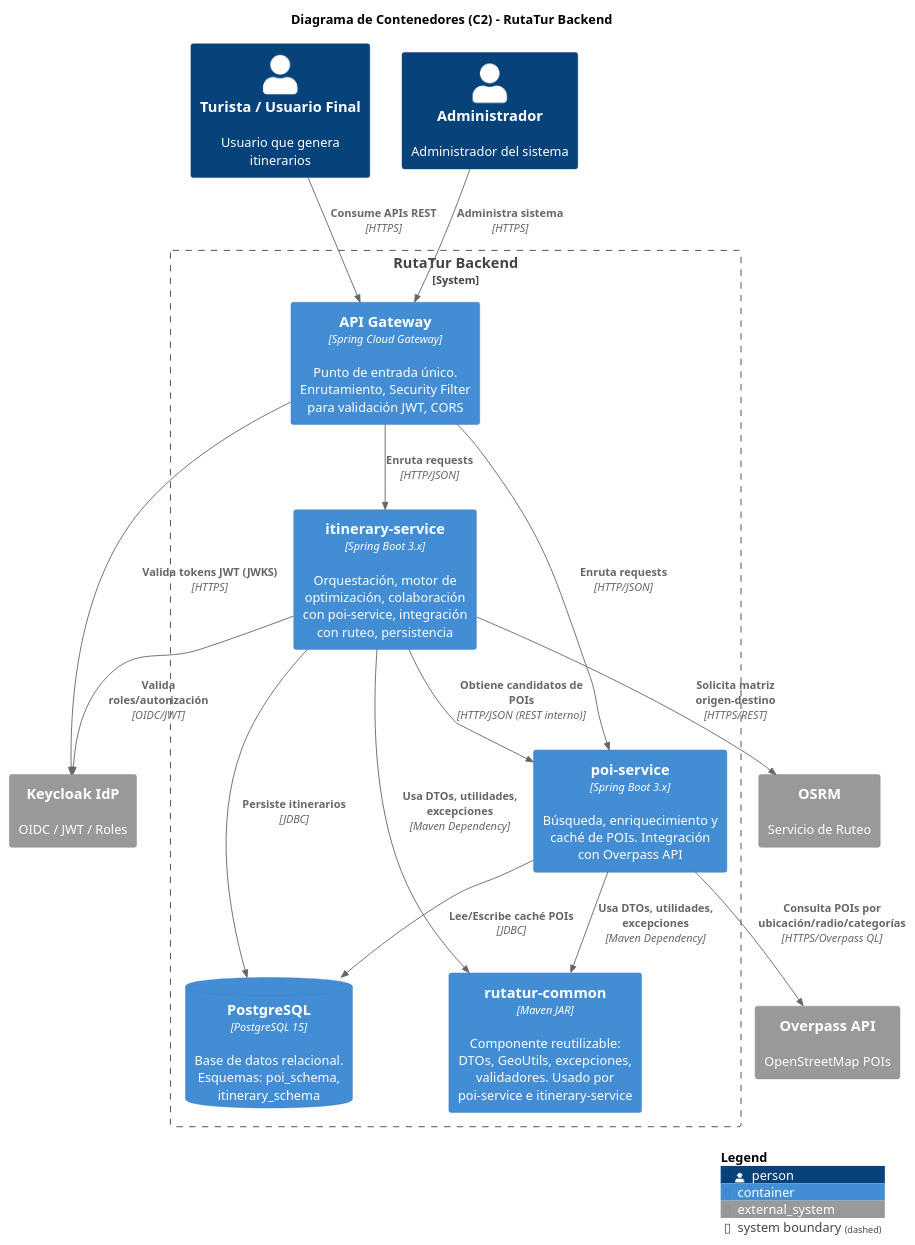
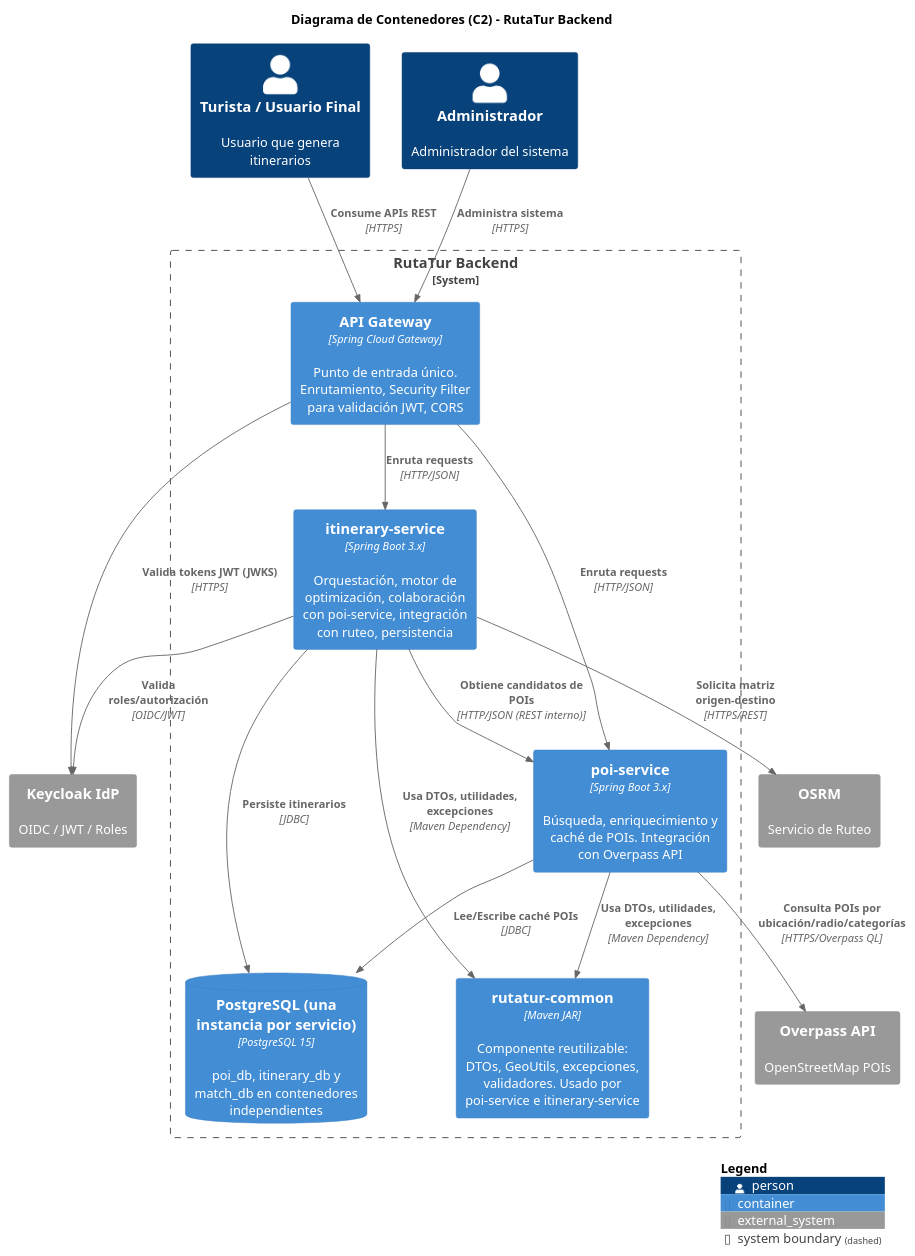
The diagram in docs/architecture/c4-c2-containers.puml (alanc-sys/Tusca), drawn with PlantUML before and after one commit. The commit also changed 26 other files, not shown here.

```diff
--- a/docs/architecture/c4-c2-containers.puml
+++ b/docs/architecture/c4-c2-containers.puml
@@ -1,59 +1,59 @@
 @startuml C2_Containers_RutaTur
 !include https://raw.githubusercontent.com/plantuml-stdlib/C4-PlantUML/master/C4_Container.puml
 
 LAYOUT_WITH_LEGEND()
 
 title Diagrama de Contenedores (C2) - RutaTur Backend
 
 ' Actores
 Person(turista, "Turista / Usuario Final", "Usuario que genera itinerarios")
 Person(admin, "Administrador", "Administrador del sistema")
 
 ' Sistemas Externos
 System_Ext(keycloak, "Keycloak IdP", "OIDC / JWT / Roles")
 System_Ext(overpass, "Overpass API", "OpenStreetMap POIs")
 System_Ext(osrm, "OSRM", "Servicio de Ruteo")
 
 ' Sistema Principal
 System_Boundary(rutatur, "RutaTur Backend") {
     
     ' Infraestructura / Gateway
     Container(gateway, "API Gateway", "Spring Cloud Gateway", "Punto de entrada único. Enrutamiento, Security Filter para validación JWT, CORS")
     
     ' Microservicios Funcionales
     Container(poiService, "poi-service", "Spring Boot 3.x", "Búsqueda, enriquecimiento y caché de POIs. Integración con Overpass API")
     Container(itineraryService, "itinerary-service", "Spring Boot 3.x", "Orquestación, motor de optimización, colaboración con poi-service, integración con ruteo, persistencia")
     
     ' Componente Común
     Container(rutaturCommon, "rutatur-common", "Maven JAR", "Componente reutilizable: DTOs, GeoUtils, excepciones, validadores. Usado por poi-service e itinerary-service")
     
     ' Persistencia
-    ContainerDb(postgres, "PostgreSQL", "PostgreSQL 15", "Base de datos relacional. Esquemas: poi_schema, itinerary_schema")
+    ContainerDb(postgres, "PostgreSQL (una instancia por servicio)", "PostgreSQL 15", "poi_db, itinerary_db y match_db en contenedores independientes")
 }
 
 ' Relaciones Actores
 Rel(turista, gateway, "Consume APIs REST", "HTTPS")
 Rel(admin, gateway, "Administra sistema", "HTTPS")
 
 ' Relaciones Gateway
 Rel(gateway, keycloak, "Valida tokens JWT (JWKS)", "HTTPS")
 Rel(gateway, poiService, "Enruta requests", "HTTP/JSON")
 Rel(gateway, itineraryService, "Enruta requests", "HTTP/JSON")
 
 ' Relaciones Microservicios
 Rel(itineraryService, poiService, "Obtiene candidatos de POIs", "HTTP/JSON (REST interno)")
 Rel(poiService, overpass, "Consulta POIs por ubicación/radio/categorías", "HTTPS/Overpass QL")
 Rel(itineraryService, osrm, "Solicita matriz origen-destino", "HTTPS/REST")
 Rel(itineraryService, keycloak, "Valida roles/autorización", "OIDC/JWT")
 
 ' Persistencia
 Rel(poiService, postgres, "Lee/Escribe caché POIs", "JDBC")
 Rel(itineraryService, postgres, "Persiste itinerarios", "JDBC")
 
 ' Componente Común
 Rel(poiService, rutaturCommon, "Usa DTOs, utilidades, excepciones", "Maven Dependency")
 Rel(itineraryService, rutaturCommon, "Usa DTOs, utilidades, excepciones", "Maven Dependency")
 
 SHOW_LEGEND()
 
 @enduml
```
